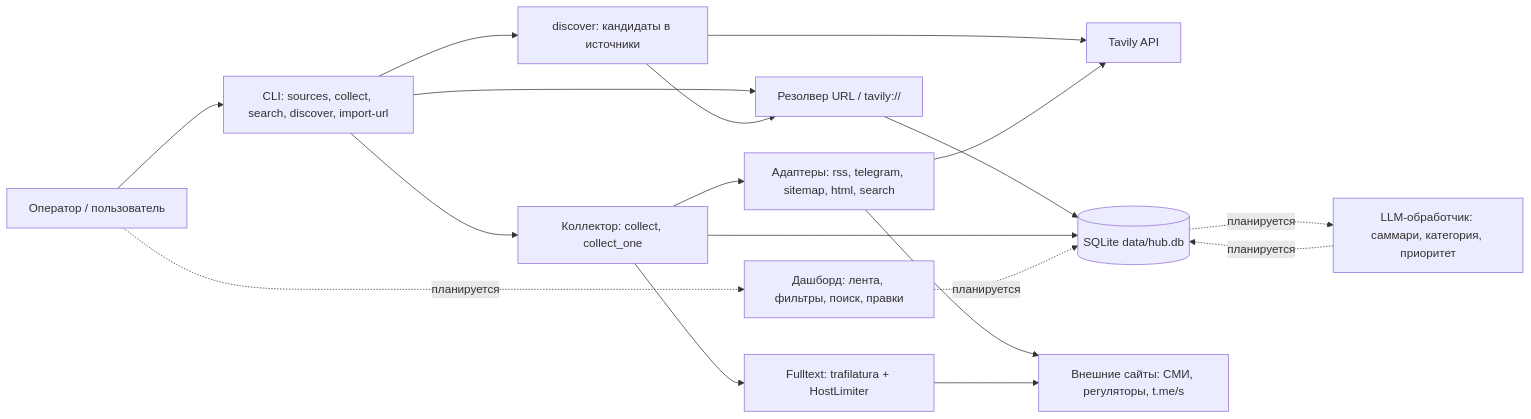
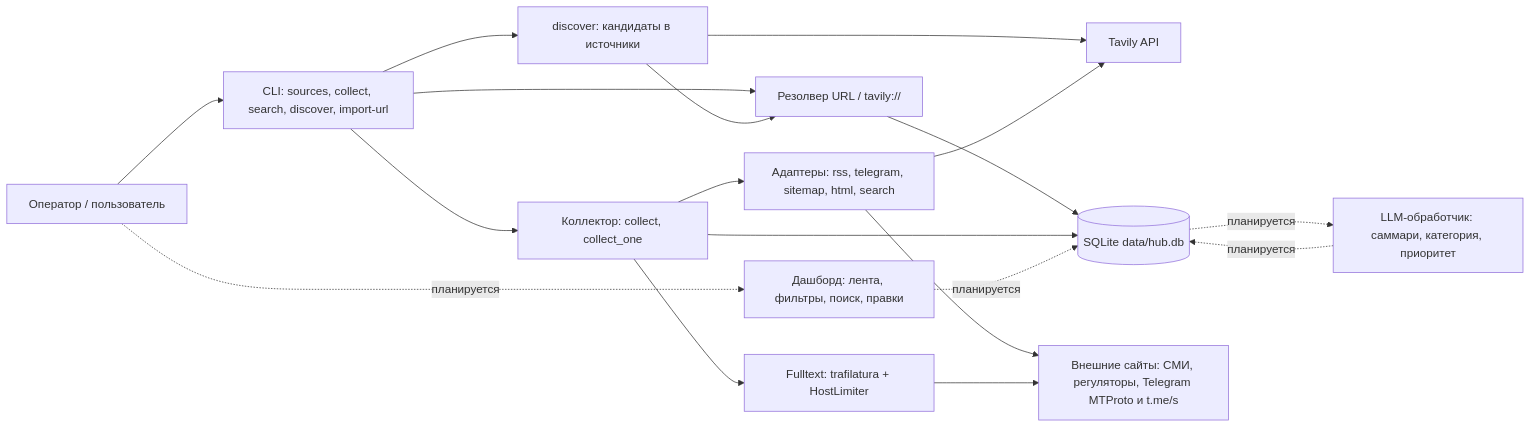
The first of 2 diagrams in docs/architecture.md (youngwow/ai-analytics-hub), drawn with Mermaid before and after one commit. The commit also changed other lines of this file and 21 other files, not shown here.

````diff
--- a/docs/architecture.md
+++ b/docs/architecture.md
@@ -23,20 +23,20 @@
 ```mermaid
 flowchart LR
     U[Оператор / пользователь] --> CLI[CLI: sources, collect, search, discover, import-url]
     U -. планируется .-> UI[Дашборд: лента, фильтры, поиск, правки]
     CLI --> R[Резолвер URL / tavily://]
     CLI --> C[Коллектор: collect, collect_one]
     CLI --> DISC[discover: кандидаты в источники]
     DISC --> TAV[Tavily API]
     DISC --> R
     R --> DB[(SQLite data/hub.db)]
     C --> A[Адаптеры: rss, telegram, sitemap, html, search]
-    A --> EXT[Внешние сайты: СМИ, регуляторы, t.me/s]
+    A --> EXT[Внешние сайты: СМИ, регуляторы, Telegram MTProto и t.me/s]
     A --> TAV
     C --> FT[Fulltext: trafilatura + HostLimiter]
     FT --> EXT
     C --> DB
     DB -. планируется .-> LLM[LLM-обработчик: саммари, категория, приоритет]
     LLM -. планируется .-> DB
     UI -. планируется .-> DB
 ```
````
